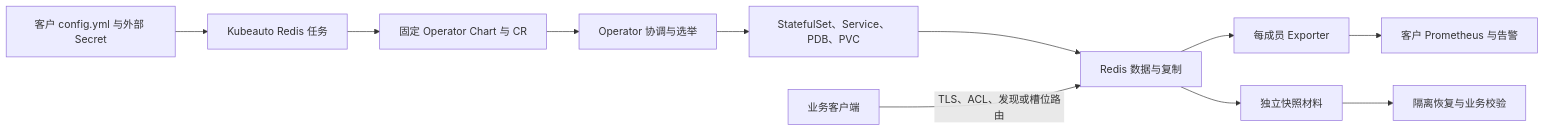
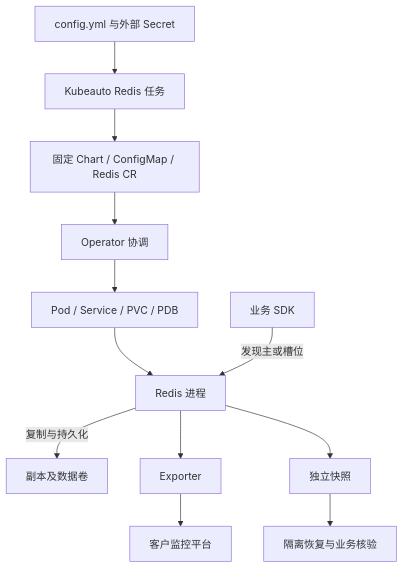
One commit to brinnatt/kubeauto changed the second of 12 diagrams in docs/middleware/redis/technical-whitepaper.md. Above: the diagram before and after it, drawn with Mermaid. The commit also changed other lines of this file and 7 other files, not shown here.

````diff
--- a/docs/middleware/redis/technical-whitepaper.md
+++ b/docs/middleware/redis/technical-whitepaper.md
@@ -9,13 +61,14 @@
 ```mermaid
-flowchart LR
-    C[客户 config.yml 与外部 Secret] --> K[Kubeauto Redis 任务]
-    K --> H[固定 Operator Chart 与 CR]
-    H --> O[Operator 协调与选举]
-    O --> S[StatefulSet、Service、PDB、PVC]
-    S --> R[Redis 数据与复制]
-    A[业务客户端] -->|TLS、ACL、发现或槽位路由| R
-    R --> E[每成员 Exporter]
-    E --> P[客户 Prometheus 与告警]
-    R --> B[独立快照材料]
-    B --> T[隔离恢复与业务校验]
+flowchart TB
+    C[config.yml 与外部 Secret] --> K[Kubeauto Redis 任务]
+    K --> D[固定 Chart / ConfigMap / Redis CR]
+    D --> O[Operator 协调]
+    O --> S[Pod / Service / PVC / PDB]
+    S --> R[Redis 进程]
+    A[业务 SDK] -->|发现主或槽位| R
+    R -->|复制与持久化| P[副本及数据卷]
+    R --> E[Exporter]
+    E --> M[客户监控平台]
+    R --> B[独立快照]
+    B --> V[隔离恢复与业务核验]
 ```
````
